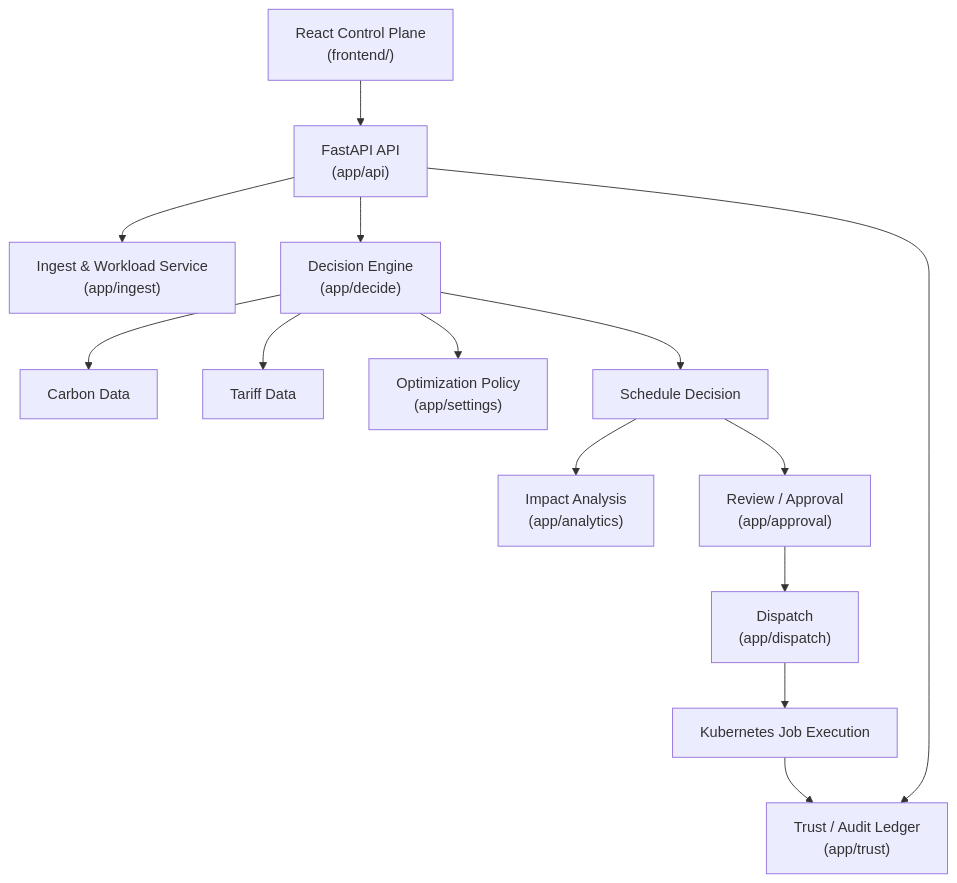
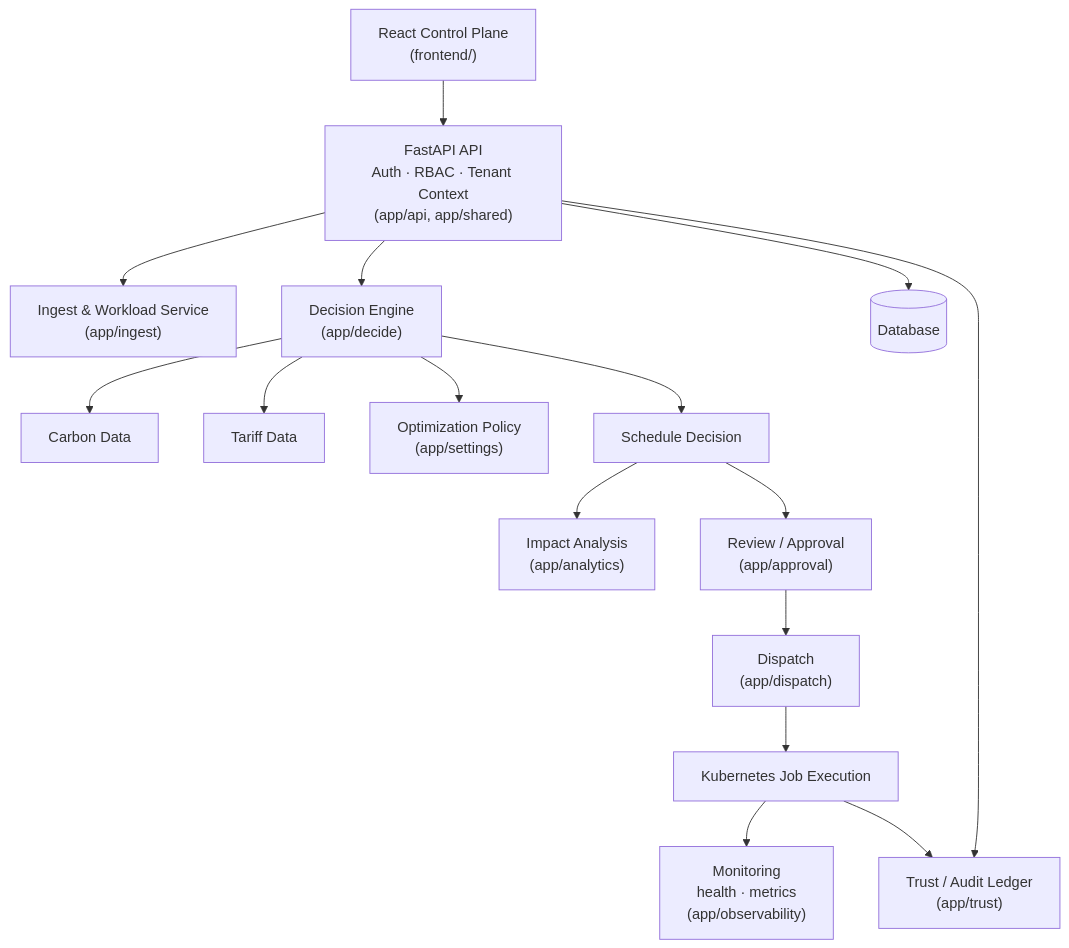
The second of 2 diagrams in README.md (Satvika0112/GreenShift), drawn with Mermaid before and after one commit. The commit also changed other lines of this file, not shown here.

````diff
--- a/README.md
+++ b/README.md
@@ -180,16 +180,18 @@
 ```mermaid
 flowchart TD
-    FE["React Control Plane<br/>(frontend/)"] --> API["FastAPI API<br/>(app/api)"]
+    FE["React Control Plane<br/>(frontend/)"] --> API["FastAPI API<br/>Auth · RBAC · Tenant Context<br/>(app/api, app/shared)"]
     API --> ING["Ingest & Workload Service<br/>(app/ingest)"]
     API --> DEC["Decision Engine<br/>(app/decide)"]
     DEC --> CAR["Carbon Data"]
     DEC --> TAR["Tariff Data"]
     DEC --> POL["Optimization Policy<br/>(app/settings)"]
     DEC --> SD["Schedule Decision"]
     SD --> IMP["Impact Analysis<br/>(app/analytics)"]
     SD --> APR["Review / Approval<br/>(app/approval)"]
     APR --> DIS["Dispatch<br/>(app/dispatch)"]
     DIS --> K8S["Kubernetes Job Execution"]
+    K8S --> MON["Monitoring<br/>health · metrics<br/>(app/observability)"]
     K8S --> TRU["Trust / Audit Ledger<br/>(app/trust)"]
     API --> TRU
+    API --> DB[("Database")]
 ```
````
